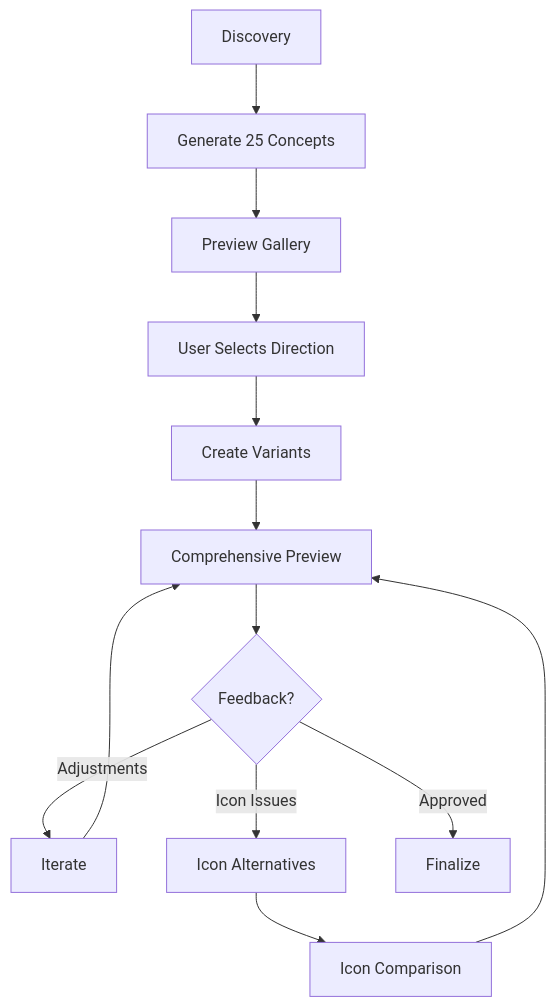
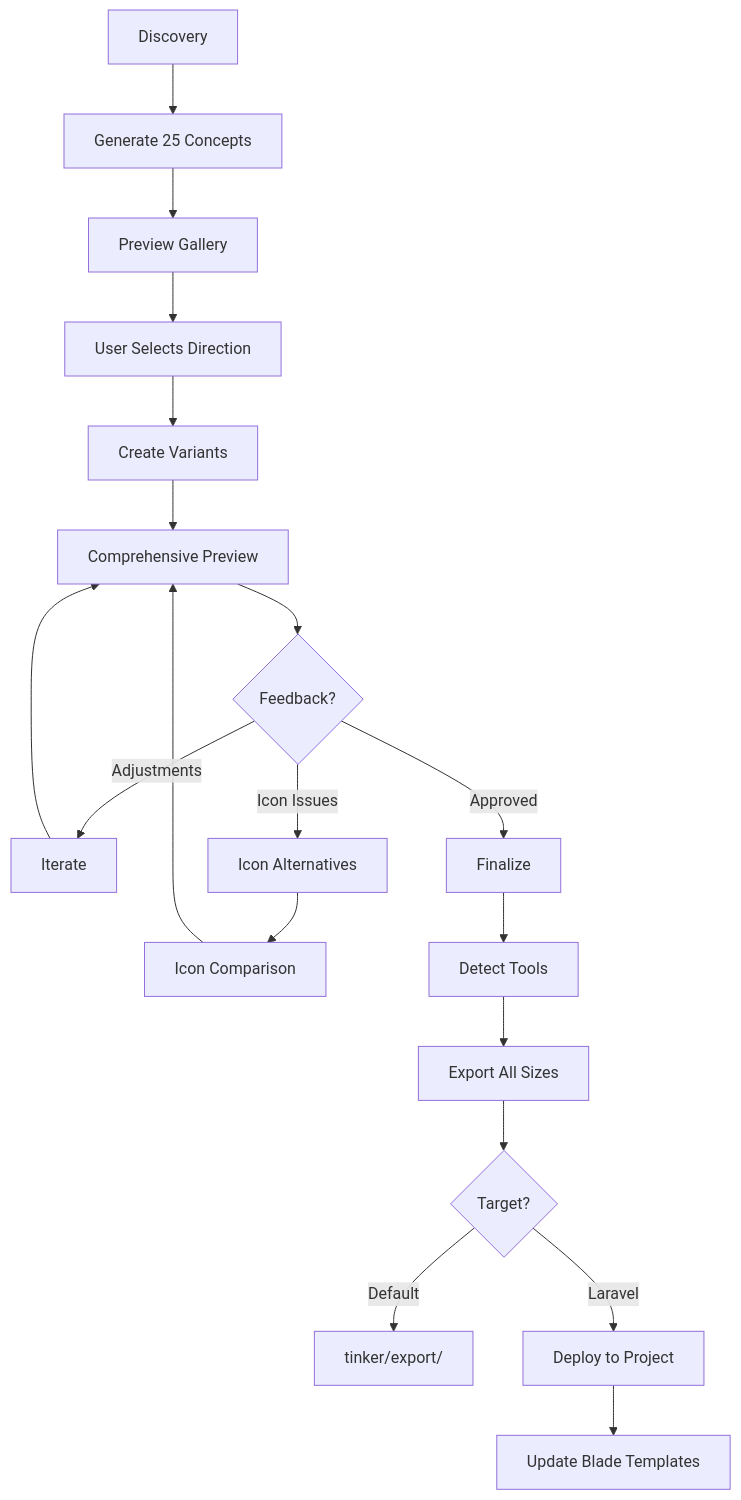
One commit to nasrulhazim/claude-design-logo changed the diagram in design-logo.md. Above: the diagram before and after it, drawn with Mermaid. The commit also changed other lines of this file and 2 other files, not shown here.

First line of the commit message:
Add multi-platform export and Laravel integration to design-logo

````diff
--- a/design-logo.md
+++ b/design-logo.md
@@ -147,15 +444,21 @@
 ```mermaid
 flowchart TD
     A[Discovery] --> B[Generate 25 Concepts]
     B --> C[Preview Gallery]
     C --> D[User Selects Direction]
     D --> E[Create Variants]
     E --> F[Comprehensive Preview]
     F --> G{Feedback?}
     G -->|Adjustments| H[Iterate]
     H --> F
     G -->|Icon Issues| I[Icon Alternatives]
     I --> J[Icon Comparison]
     J --> F
     G -->|Approved| K[Finalize]
+    K --> L[Detect Tools]
+    L --> M[Export All Sizes]
+    M --> N{Target?}
+    N -->|Default| O[tinker/export/]
+    N -->|Laravel| P[Deploy to Project]
+    P --> Q[Update Blade Templates]
 ```
````
